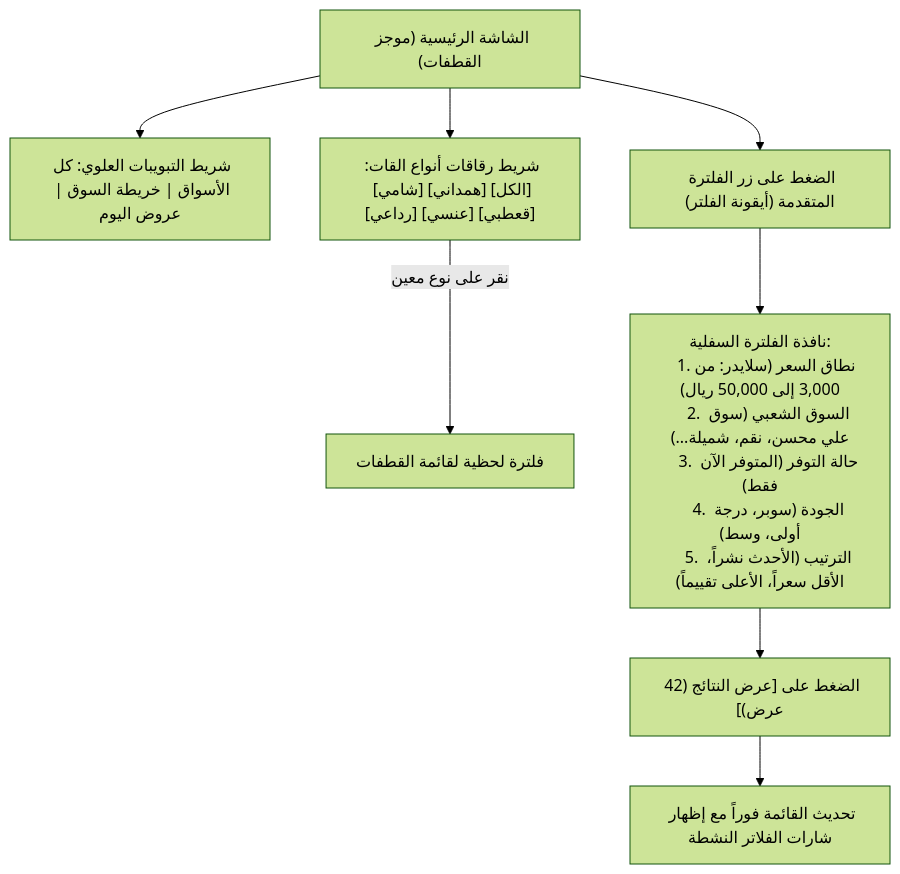
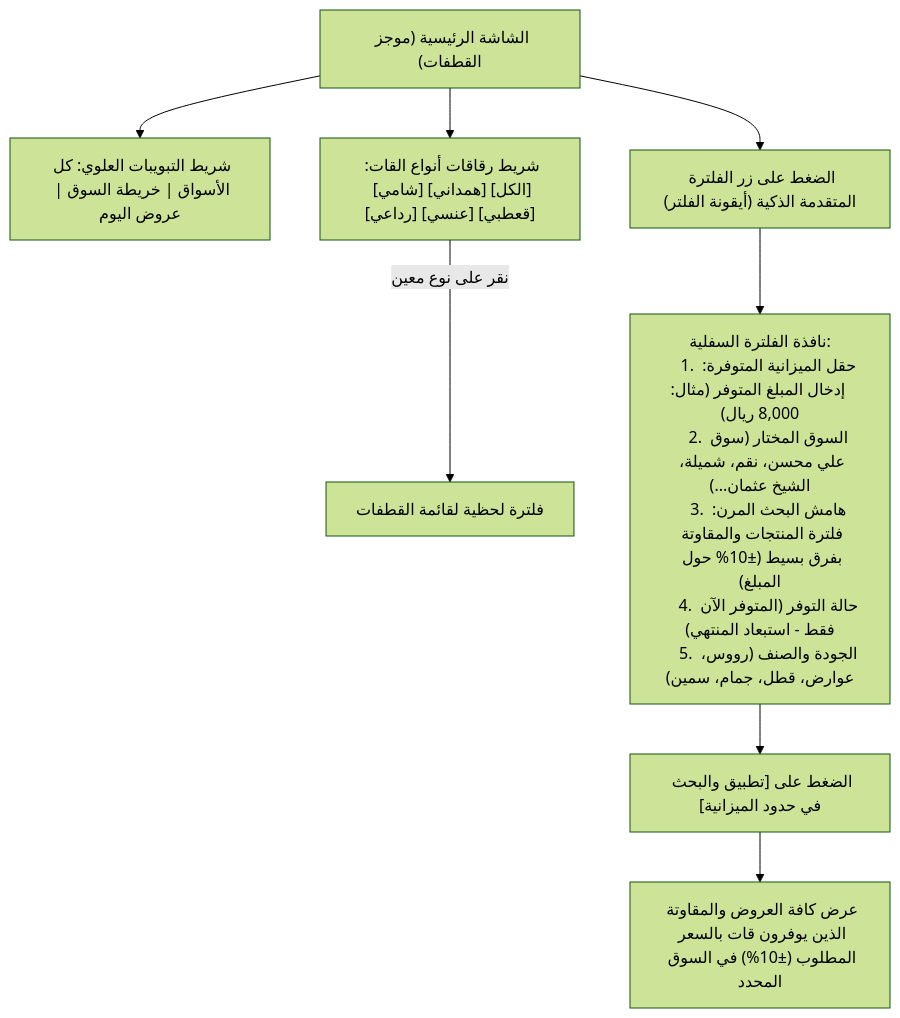
Before and after one commit to Emad20112/qatfa: the second of 17 diagrams in docs/22-user-flows-detailed.md, drawn with Mermaid (forest theme). The commit also changed other lines of this file and 2 other files, not shown here.

Commit message:
docs(ux): update user flows, screen specs, presets setup, and dual availability toggles

````diff
--- a/docs/22-user-flows-detailed.md
+++ b/docs/22-user-flows-detailed.md
@@ -71,17 +72,17 @@
 ```mermaid
 flowchart TD
     Home["الشاشة الرئيسية (موجز القطفات)"] --> ViewTabs["شريط التبويبات العلوي: كل الأسواق | خريطة السوق | عروض اليوم"]
     Home --> QuickChips["شريط رقاقات أنواع القات: [الكل] [همداني] [شامي] [قعطبي] [عنسي] [رداعي]"]
     QuickChips -- "نقر على نوع معين" --> FilterByType["فلترة لحظية لقائمة القطفات"]
     
-    Home --> FilterBtn["الضغط على زر الفلترة المتقدمة (أيقونة الفلتر)"]
+    Home --> FilterBtn["الضغط على زر الفلترة المتقدمة الذكية (أيقونة الفلتر)"]
     FilterBtn --> FilterModal["نافذة الفلترة السفلية:
-    1. نطاق السعر (سلايدر: من 3,000 إلى 50,000 ريال)
-    2. السوق الشعبي (سوق علي محسن، نقم، شميلة...)
-    3. حالة التوفر (المتوفر الآن فقط)
-    4. الجودة (سوبر، درجة أولى، وسط)
-    5. الترتيب (الأحدث نشراً، الأقل سعراً، الأعلى تقييماً)"]
+    1. حقل الميزانية المتوفرة: إدخال المبلغ المتوفر (مثال: 8,000 ريال)
+    2. السوق المختار (سوق علي محسن، نقم، شميلة، الشيخ عثمان...)
+    3. هامش البحث المرن: فلترة المنتجات والمقاوتة بفرق بسيط (±10% حول المبلغ)
+    4. حالة التوفر (المتوفر الآن فقط - استبعاد المنتهي)
+    5. الجودة والصنف (رووس، عوارض، قطل، جمام، سمين)"]
     
-    FilterModal --> Apply["الضغط على [عرض النتائج (42 عرض)]"]
-    Apply --> UpdatedFeed["تحديث القائمة فوراً مع إظهار شارات الفلاتر النشطة"]
+    FilterModal --> Apply["الضغط على [تطبيق والبحث في حدود الميزانية]"]
+    Apply --> UpdatedFeed["عرض كافة العروض والمقاوتة الذين يوفرون قات بالسعر المطلوب (±10%) في السوق المحدد"]
 ```
````
